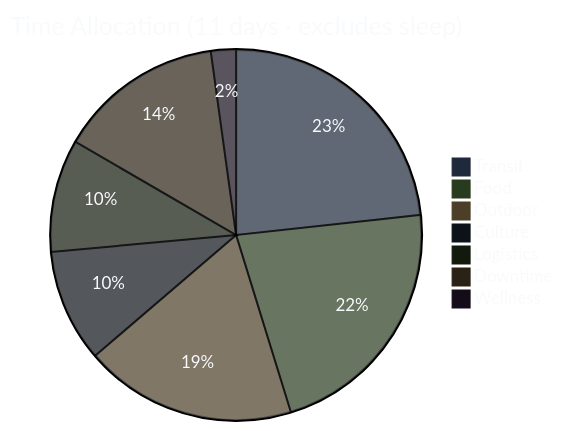
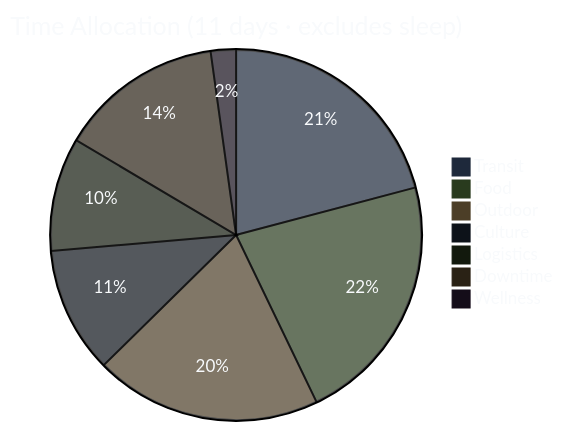
Before and after one commit to allstoncodes/nz-aus-2026: the second of 3 diagrams in README.md, drawn with Mermaid. The commit also changed other lines of this file and 1 other file, not shown here.

````diff
--- a/README.md
+++ b/README.md
@@ -59,11 +55,11 @@
 ```mermaid
 %%{init: {'theme': 'base', 'themeVariables': {'primaryColor': '#1E293B', 'primaryTextColor': '#F8FAFC', 'primaryBorderColor': '#334155'}}}%%
 pie title Time Allocation (11 days · excludes sleep)
-  "Transit"   : 42.67
-  "Food"      : 40.25
-  "Outdoor"   : 33.92
-  "Culture"   : 18
+  "Transit"   : 38
+  "Food"      : 40
+  "Outdoor"   : 36
+  "Culture"   : 20
   "Logistics" : 18
-  "Downtime"  : 26.5
+  "Downtime"  : 26
   "Wellness"  : 4
 ```
````
